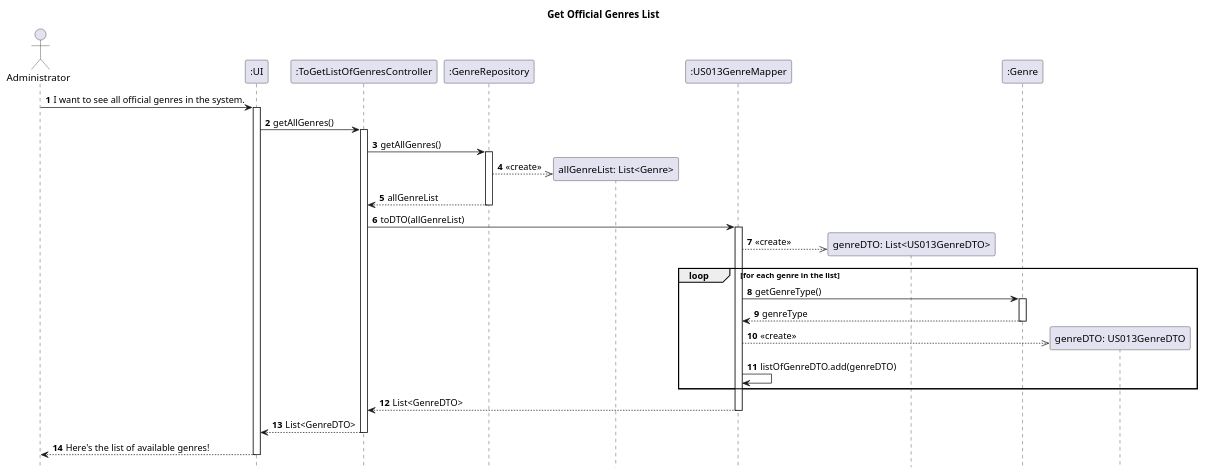
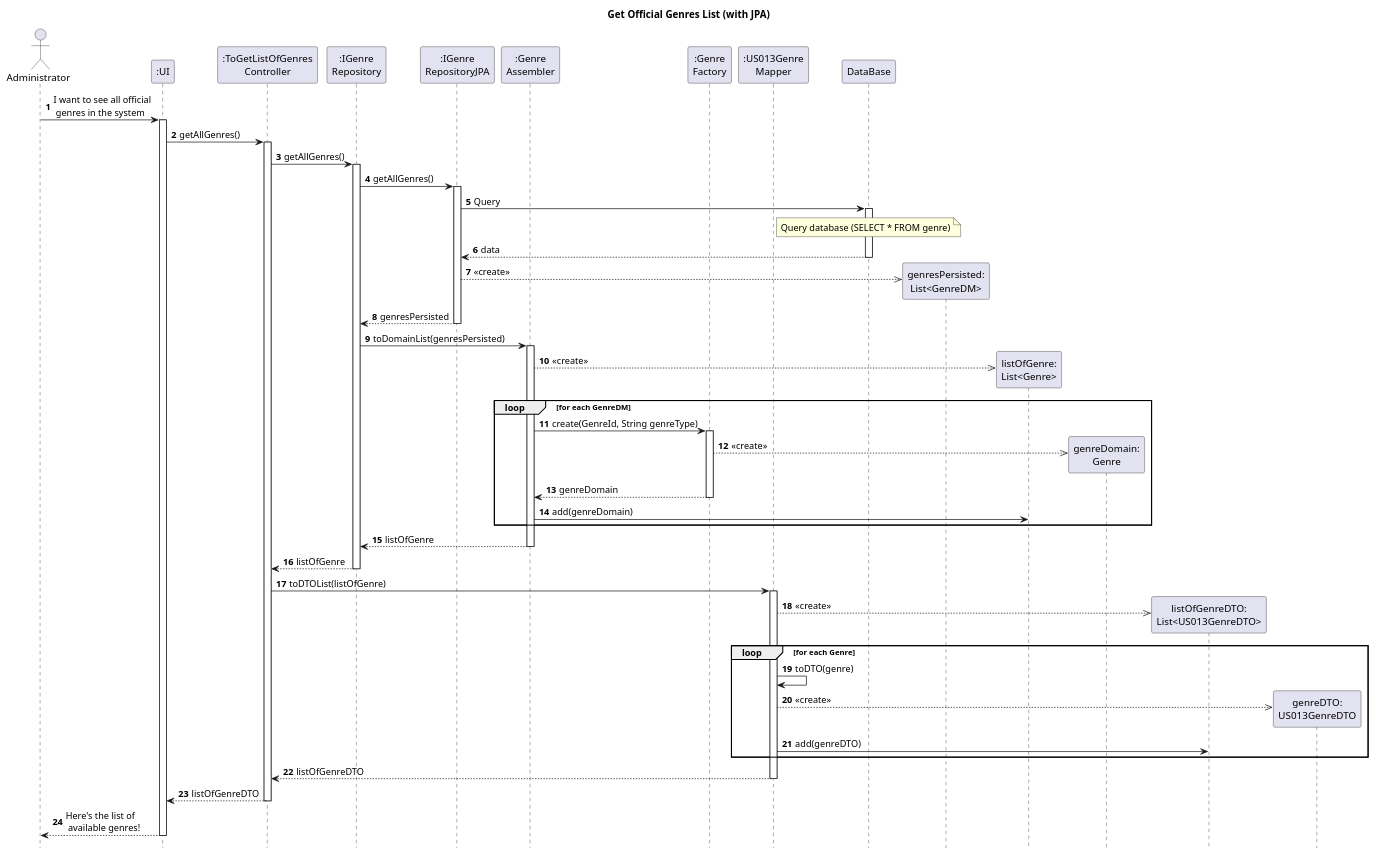
Before and after one commit to AndrePereiraGitH/SWitCH-Project-Team_A: the diagram in Diagrams/SequenceDiagrams/N2/To-get-official-genres-list.puml, drawn with PlantUML. The commit also changed 1 other file, not shown here.

Commit message:
docs(#692): introduce persistence layer in genre design( CD+SD)

```diff
--- a/Diagrams/SequenceDiagrams/N2/To-get-official-genres-list.puml
+++ b/Diagrams/SequenceDiagrams/N2/To-get-official-genres-list.puml
@@ -1,53 +1,92 @@
 @startuml
+autonumber
 hide footbox
-autonumber
-
-title Get Official Genres List
+title Get Official Genres List (with JPA)
 
 actor Administrator as User
+
 participant ":UI" as UI
-participant ":ToGetListOfGenresController" as Controller
-participant ":GenreRepository" as GenreRepo
-participant "allGenreList: List<Genre>" as allGenreList
-participant ":US013GenreMapper" as GenreMapper
-participant "genreDTO: List<US013GenreDTO>" as GenreDTO
-participant ":Genre" as Genre
-participant "genreDTO: US013GenreDTO" as GDTO
+participant ":ToGetListOfGenres\nController" as C
+participant ":IGenre\nRepository" as GR
+participant ":IGenre\nRepositoryJPA" as GRJPA
+participant ":Genre\nAssembler" as Assembler
+participant ":Genre\nFactory" as Factory
+participant ":US013Genre\nMapper" as MAPPER
+participant "DataBase" as EM
 
-User -> UI : I want to see all official genres in the system.
-    activate UI
+User -> UI : I want to see all official\n genres in the system
+activate UI
 
-UI -> Controller : getAllGenres()
-activate Controller
+UI -> C : getAllGenres()
+activate C
 
-Controller -> GenreRepo : getAllGenres()
-activate GenreRepo
-GenreRepo -->> allGenreList ** : <<create>>
-GenreRepo --> Controller : allGenreList
-deactivate GenreRepo
+C -> GR : getAllGenres()
+activate GR
 
-Controller -> GenreMapper : toDTO(allGenreList)
-activate GenreMapper
+GR -> GRJPA : getAllGenres()
+activate GRJPA
 
-GenreMapper -->> GenreDTO ** : <<create>>
+GRJPA -> EM : Query
+activate EM
 
-loop for each genre in the list
-    GenreMapper -> Genre : getGenreType()
-    activate Genre
-    Genre --> GenreMapper : genreType
-    deactivate Genre
+note over EM
+Query database (SELECT * FROM genre)
+end note
 
-    GenreMapper -->> GDTO ** : <<create>>
+EM --> GRJPA : data
+deactivate EM
 
-    GenreMapper -> GenreMapper : listOfGenreDTO.add(genreDTO)
+create "genresPersisted:\nList<GenreDM>" as genresPersisted
+GRJPA -->> genresPersisted : <<create>>
+
+GRJPA --> GR : genresPersisted
+deactivate GRJPA
+
+GR -> Assembler : toDomainList(genresPersisted)
+activate Assembler
+
+create "listOfGenre:\nList<Genre>" as listDomain
+Assembler -->> listDomain : <<create>>
+
+loop for each GenreDM
+    Assembler -> Factory : create(GenreId, String genreType)
+    activate Factory
+
+    create "genreDomain:\nGenre" as genreDomain
+    Factory -->> genreDomain : <<create>>
+
+    Factory --> Assembler : genreDomain
+    deactivate Factory
+
+    Assembler -> listDomain : add(genreDomain)
 end
 
-GenreMapper --> Controller : List<GenreDTO>
-deactivate GenreMapper
+Assembler --> GR : listOfGenre
+deactivate Assembler
 
-Controller --> UI : List<GenreDTO>
-deactivate Controller
+GR --> C : listOfGenre
+deactivate GR
 
-UI --> User : Here's the list of available genres!
-    deactivate UI
+C -> MAPPER : toDTOList(listOfGenre)
+activate MAPPER
+
+create "listOfGenreDTO:\nList<US013GenreDTO>" as listDTO
+MAPPER -->> listDTO : <<create>>
+
+loop for each Genre
+    MAPPER -> MAPPER : toDTO(genre)
+    create "genreDTO:\nUS013GenreDTO" as genreDTO
+    MAPPER -->> genreDTO : <<create>>
+    MAPPER -> listDTO : add(genreDTO)
+end
+
+MAPPER --> C : listOfGenreDTO
+deactivate MAPPER
+
+C --> UI : listOfGenreDTO
+deactivate C
+
+UI --> User : Here's the list of\n available genres!
+deactivate UI
+
 @enduml
```
